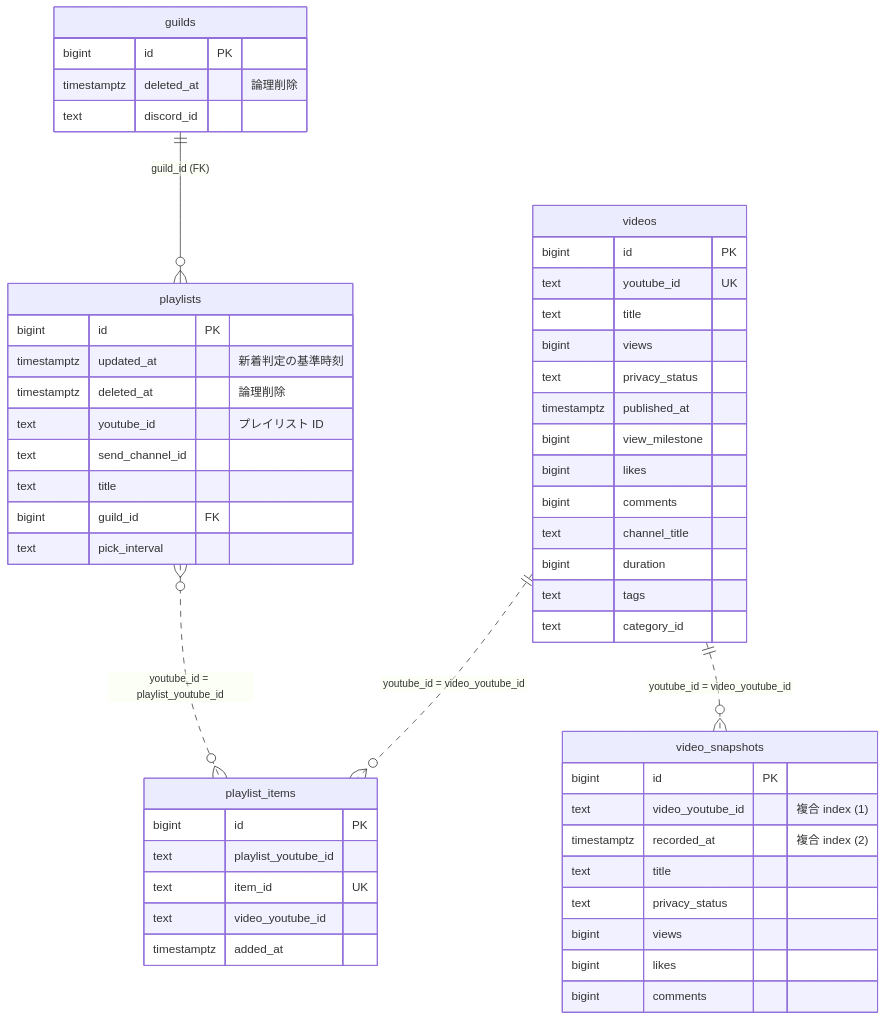
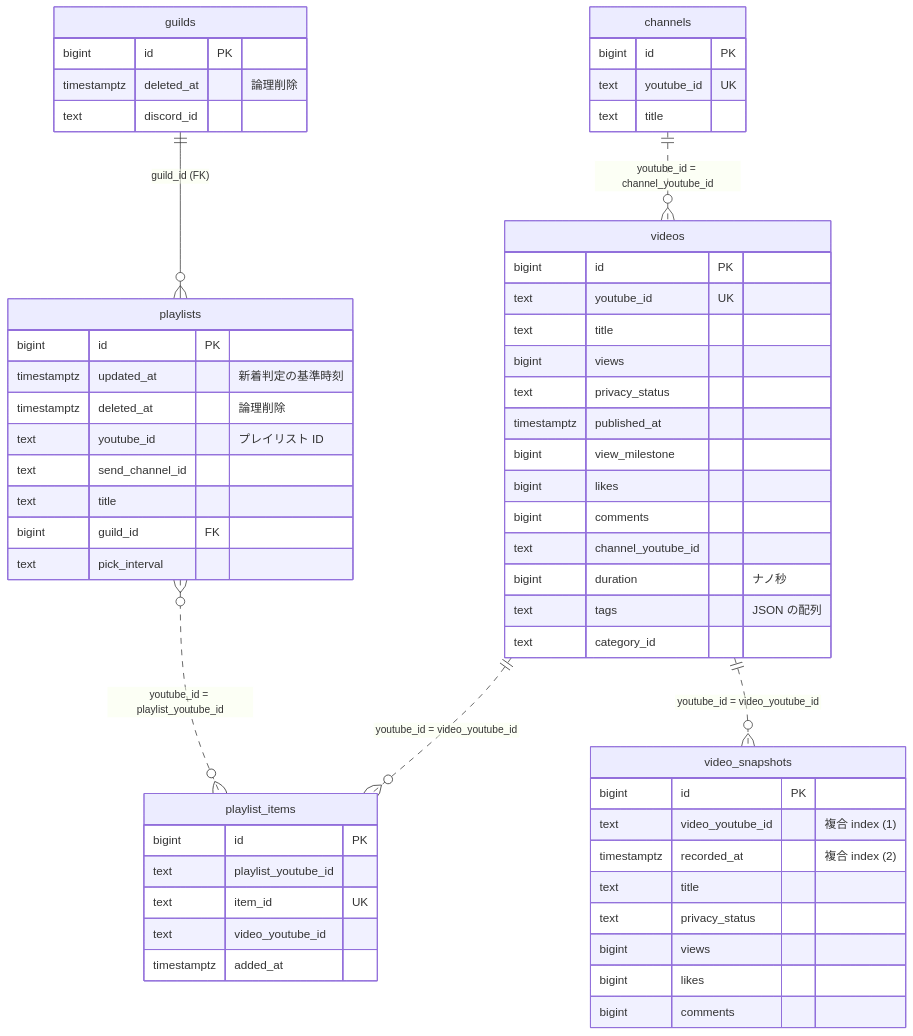
Before and after one commit to tabo-syu/discord-playlist-notifier: the first of 5 diagrams in README.md, drawn with Mermaid. The commit also changed other lines of this file and 11 other files, not shown here.

First line of the commit message:
[refactor] チャンネルを channels テーブルに分け、videos は ID で参照する

````diff
--- a/README.md
+++ b/README.md
@@ -149,55 +149,61 @@
 ```mermaid
 erDiagram
     guilds ||--o{ playlists : "guild_id (FK)"
     playlists }o..o{ playlist_items : "youtube_id = playlist_youtube_id"
     videos ||..o{ playlist_items : "youtube_id = video_youtube_id"
     videos ||..o{ video_snapshots : "youtube_id = video_youtube_id"
+    channels ||..o{ videos : "youtube_id = channel_youtube_id"
 
     guilds {
         bigint id PK
         timestamptz deleted_at "論理削除"
         text discord_id
     }
     playlists {
         bigint id PK
         timestamptz updated_at "新着判定の基準時刻"
         timestamptz deleted_at "論理削除"
         text youtube_id "プレイリスト ID"
         text send_channel_id
         text title
         bigint guild_id FK
         text pick_interval
     }
     playlist_items {
         bigint id PK
         text playlist_youtube_id
         text item_id UK
         text video_youtube_id
         timestamptz added_at
     }
     videos {
         bigint id PK
         text youtube_id UK
         text title
         bigint views
         text privacy_status
         timestamptz published_at
         bigint view_milestone
         bigint likes
         bigint comments
-        text channel_title
-        bigint duration
-        text tags
+        text channel_youtube_id
+        bigint duration "ナノ秒"
+        text tags "JSON の配列"
         text category_id
+    }
+    channels {
+        bigint id PK
+        text youtube_id UK
+        text title
     }
     video_snapshots {
         bigint id PK
         text video_youtube_id "複合 index (1)"
         timestamptz recorded_at "複合 index (2)"
         text title
         text privacy_status
         bigint views
         bigint likes
         bigint comments
     }
 ```
````
